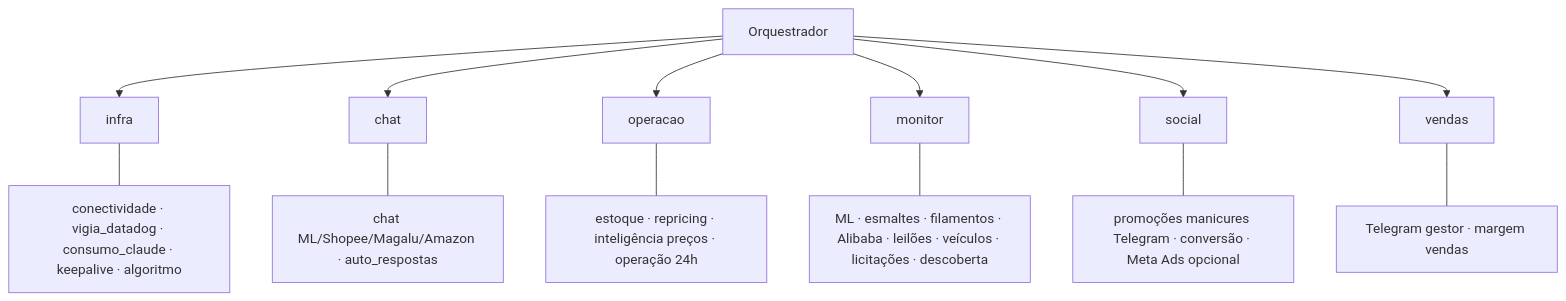
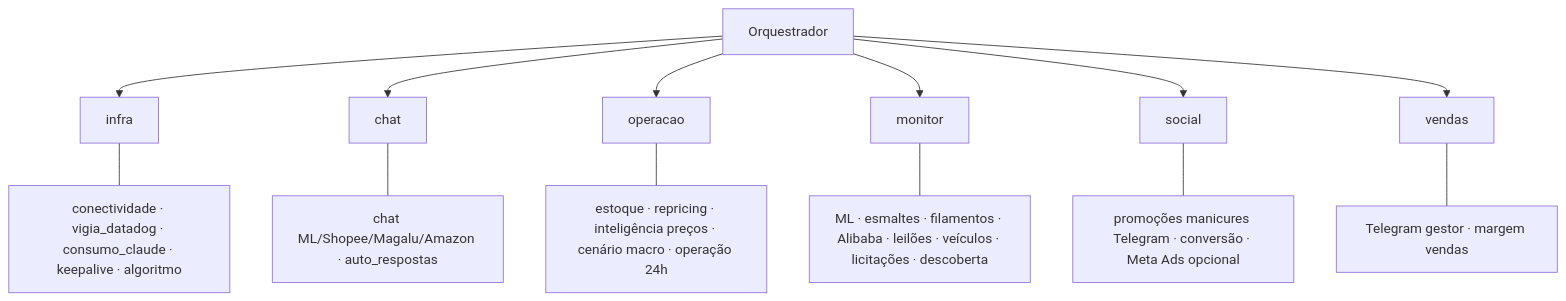
The third of 10 diagrams in docs/ARQUITETURA.md (joaolago38/Robo-Markplaces), drawn with Mermaid before and after one commit. The commit also changed 14 other files, not shown here.

First line of the commit message:
feat: cenário macro pós-eleição fica desligado por padrão

````diff
--- a/docs/ARQUITETURA.md
+++ b/docs/ARQUITETURA.md
@@ -86,17 +86,17 @@
 ```mermaid
 flowchart TB
   ORQ[Orquestrador]
   ORQ --> INFRA[infra]
   ORQ --> CHAT[chat]
   ORQ --> OP[operacao]
   ORQ --> MON[monitor]
   ORQ --> SOC[social]
   ORQ --> VEN[vendas]
 
   INFRA --- I1[conectividade · vigia_datadog · consumo_claude · keepalive · algoritmo]
   CHAT --- C1[chat ML/Shopee/Magalu/Amazon · auto_respostas]
-  OP --- O1[estoque · repricing · inteligência preços · operação 24h]
+  OP --- O1[estoque · repricing · inteligência preços · cenário macro · operação 24h]
   MON --- M1[ML · esmaltes · filamentos · Alibaba · leilões · veículos · licitações · descoberta]
   SOC --- S1[promoções manicures Telegram · conversão · Meta Ads opcional]
   VEN --- V1[Telegram gestor · margem vendas]
 ```
````
